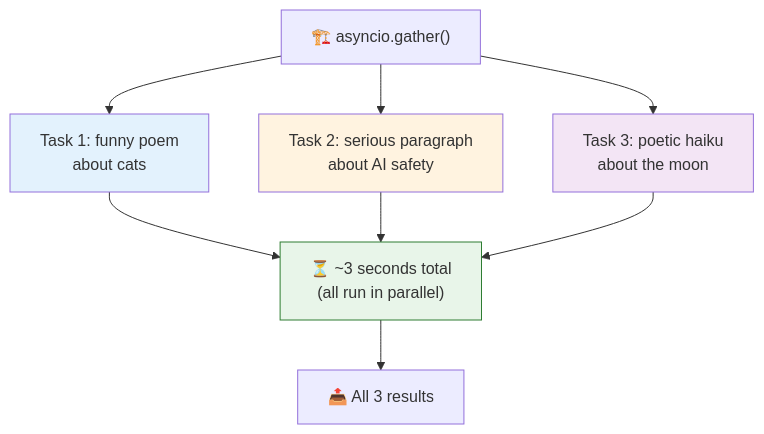
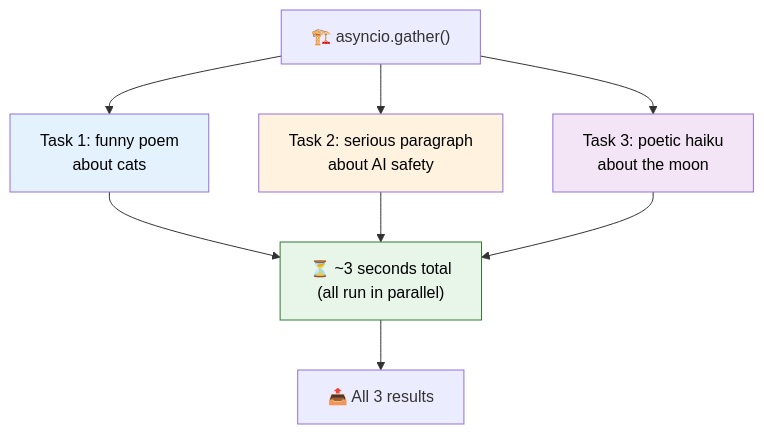
The third of 3 diagrams in 17_streaming_async/README.md (remolaan/Agentic-AI-Cookbook), drawn with Mermaid before and after one commit. The commit also changed other lines of this file and 45 other files, not shown here.

Commit message:
Fix Mermaid diagram text colors for readability across all READMEs

````diff
--- a/17_streaming_async/README.md
+++ b/17_streaming_async/README.md
@@ -107,16 +107,16 @@
 ```mermaid
 flowchart TB
     M["🏗️ asyncio.gather()"] --> T1["Task 1: funny poem<br/>about cats"]
     M --> T2["Task 2: serious paragraph<br/>about AI safety"]
     M --> T3["Task 3: poetic haiku<br/>about the moon"]
     
     T1 --> W["⏳ ~3 seconds total<br/>(all run in parallel)"]
     T2 --> W
     T3 --> W
     W --> R["📤 All 3 results"]
     
-    style T1 fill:#e3f2fd
-    style T2 fill:#fff3e0
-    style T3 fill:#f3e5f5
-    style W fill:#e8f5e9,stroke:#2e7d32
+    style T1 fill:#e3f2fd,color:#000000
+    style T2 fill:#fff3e0,color:#000000
+    style T3 fill:#f3e5f5,color:#000000
+    style W fill:#e8f5e9,stroke:#2e7d32,color:#000000
 ```
````
